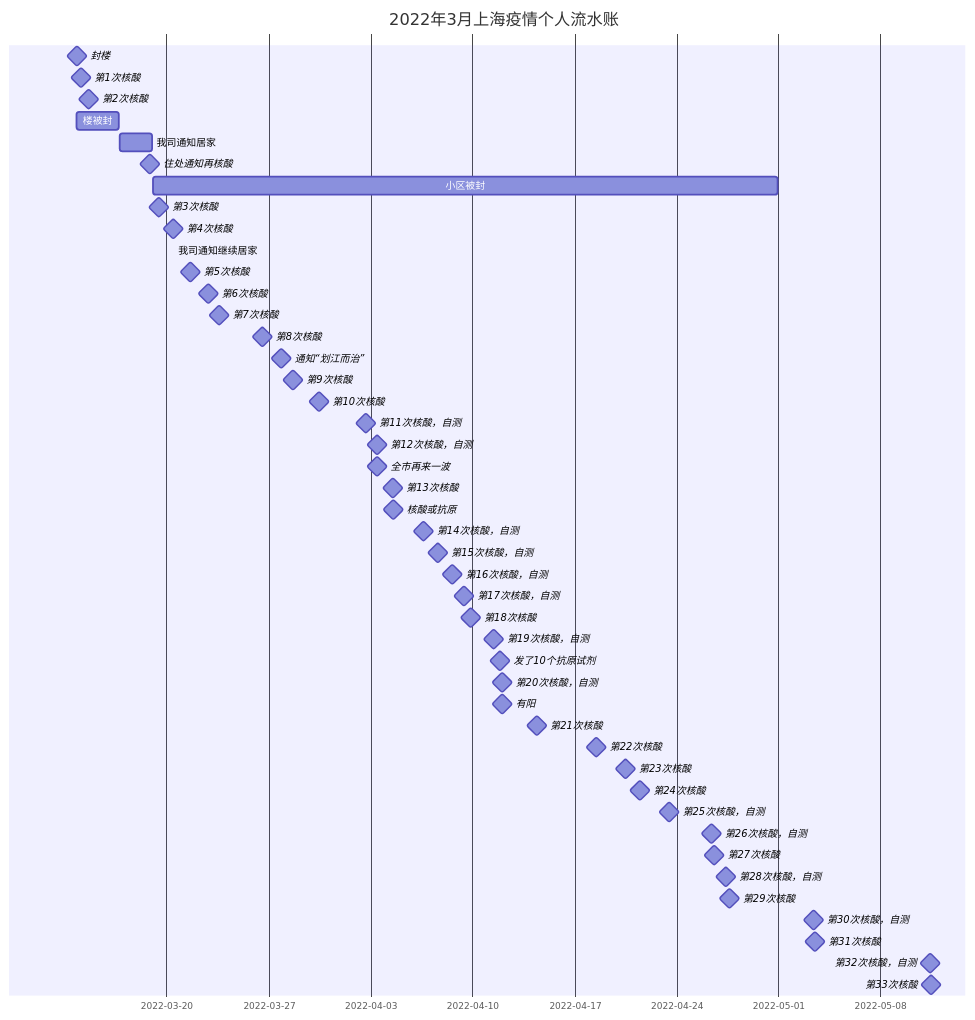
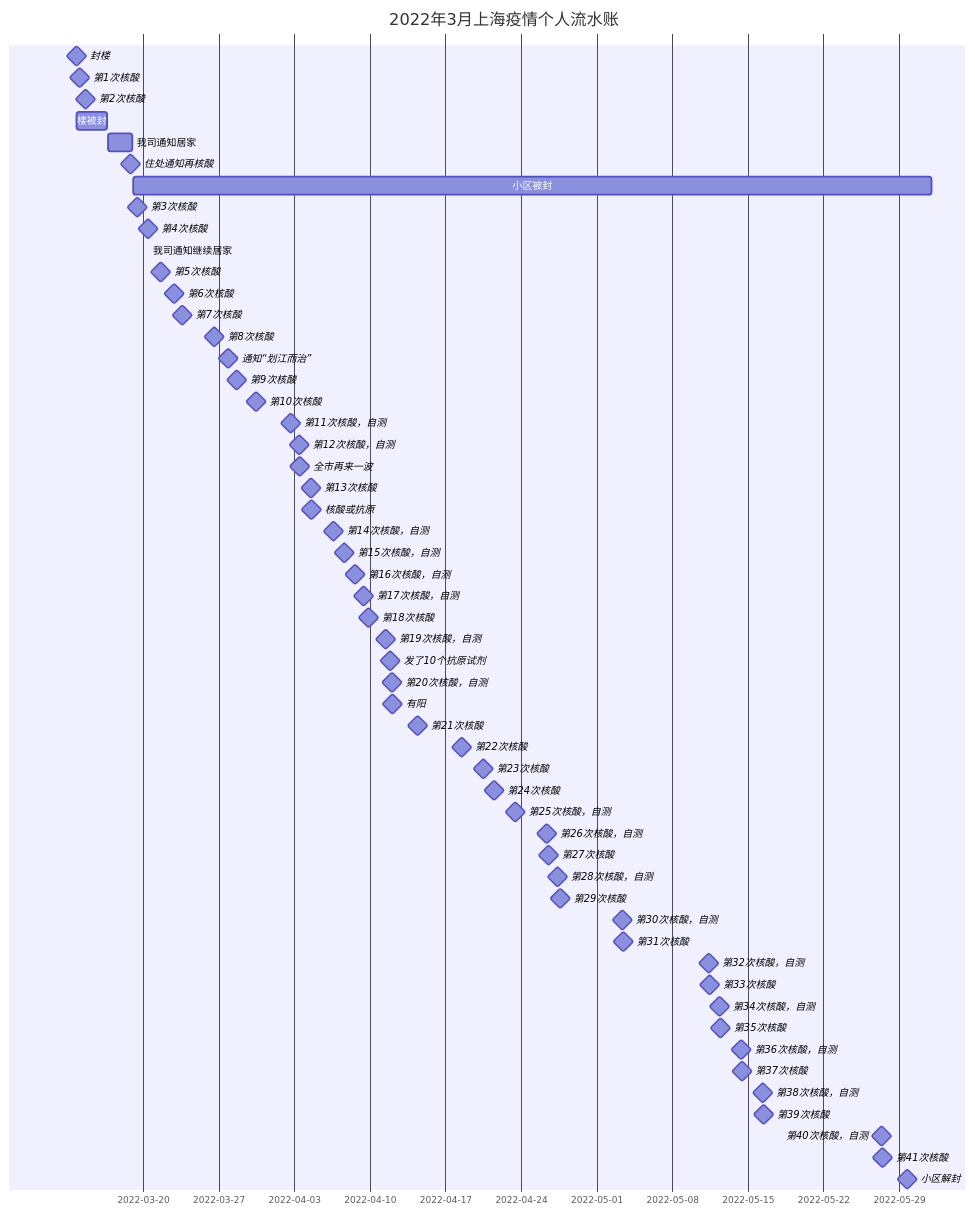
Before and after one commit to unclehuzi/unclehuzi.github.io: the diagram in 2022/04/life-covid_19-observation/index.md, drawn with Mermaid. The commit also changed other lines of this file and 31 other files, not shown here.

```diff
--- a/2022/04/life-covid_19-observation/index.md
+++ b/2022/04/life-covid_19-observation/index.md
@@ -25,7 +25,7 @@
     
     住处通知再核酸: milestone,2022-03-18 19,1h
     
-    小区被封 : 2022-03-19 01,2022-04-30 22
+    小区被封 : 2022-03-19 01,2022-06-01 01
     
     第3次核酸 : milestone,2022-03-19 10 ,1h
     第4次核酸 : milestone,2022-03-20 10 ,1h
@@ -96,4 +96,22 @@
     第32次核酸，自测 : milestone, 2022-05-11 09,1h
     
     第33次核酸 : milestone, 2022-05-11 11,1h
+    
+    第34次核酸，自测 : milestone, 2022-05-12 09,1h
+    
+    第35次核酸 : milestone, 2022-05-12 11,1h
+    
+    第36次核酸，自测 : milestone, 2022-05-14 09,1h
+    
+    第37次核酸 : milestone, 2022-05-14 11,1h
+    
+    第38次核酸，自测 : milestone, 2022-05-16 09,1h
+    
+    第39次核酸 : milestone, 2022-05-16 11,1h
+    
+    第40次核酸，自测 : milestone, 2022-05-27 09,1h
+    
+    第41次核酸 : milestone, 2022-05-27 11,1h
+    
+    小区解封 : milestone, 2022-06-01 01
 {{< /mermaid >}}
```
